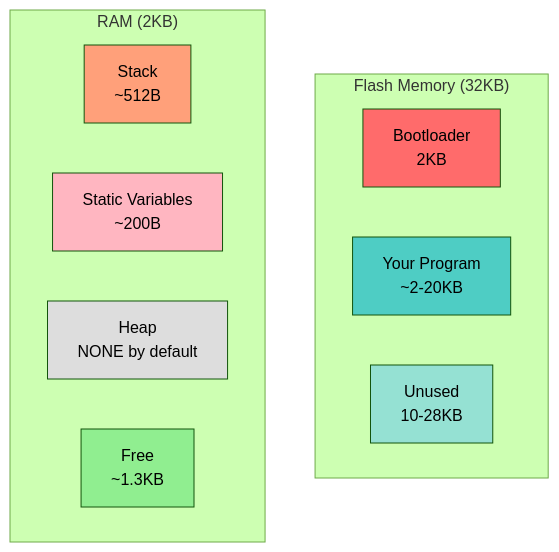
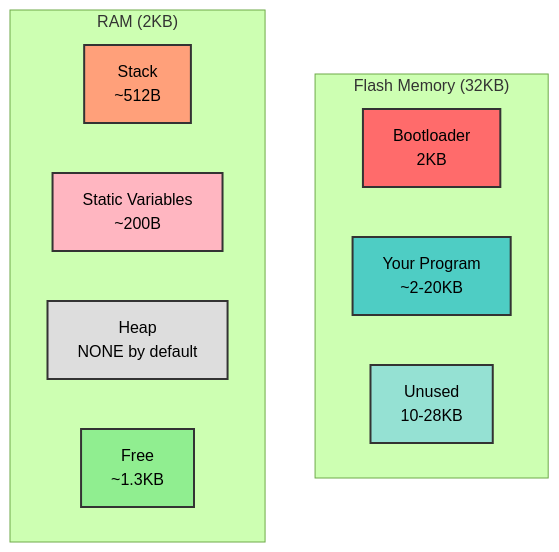
The sixth of 11 diagrams in docs/ARCHITECTURE.md (ScopeCreep-zip/ossidata), drawn with Mermaid (forest theme) before and after one commit. The commit also changed other lines of this file and 4 other files, not shown here.

Commit message:
Update to mermaid diagrams to be more readable

````diff
--- a/docs/ARCHITECTURE.md
+++ b/docs/ARCHITECTURE.md
@@ -438,23 +438,23 @@
 ```mermaid
 graph TD
     subgraph "Flash Memory (32KB)"
         A[Bootloader<br/>2KB]
         B[Your Program<br/>~2-20KB]
         C[Unused<br/>10-28KB]
     end
 
     subgraph "RAM (2KB)"
         D[Stack<br/>~512B]
         E[Static Variables<br/>~200B]
         F[Heap<br/>NONE by default]
         G[Free<br/>~1.3KB]
     end
 
-    style A fill:#FF6B6B
-    style B fill:#4ECDC4
-    style C fill:#95E1D3
-    style D fill:#FFA07A
-    style E fill:#FFB6C1
-    style F fill:#DDD
-    style G fill:#90EE90
+    style A fill:#FF6B6B,stroke:#333,stroke-width:2px,color:#000
+    style B fill:#4ECDC4,stroke:#333,stroke-width:2px,color:#000
+    style C fill:#95E1D3,stroke:#333,stroke-width:2px,color:#000
+    style D fill:#FFA07A,stroke:#333,stroke-width:2px,color:#000
+    style E fill:#FFB6C1,stroke:#333,stroke-width:2px,color:#000
+    style F fill:#DDD,stroke:#333,stroke-width:2px,color:#000
+    style G fill:#90EE90,stroke:#333,stroke-width:2px,color:#000
 ```
````
